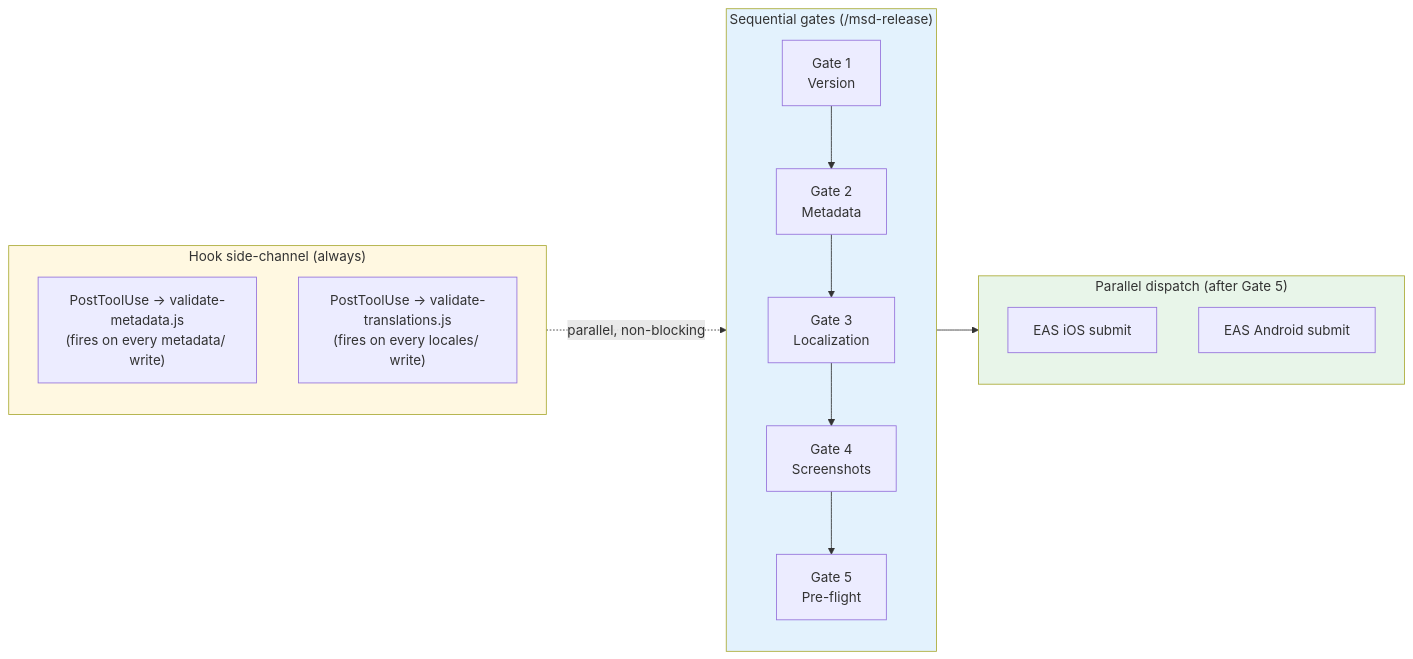
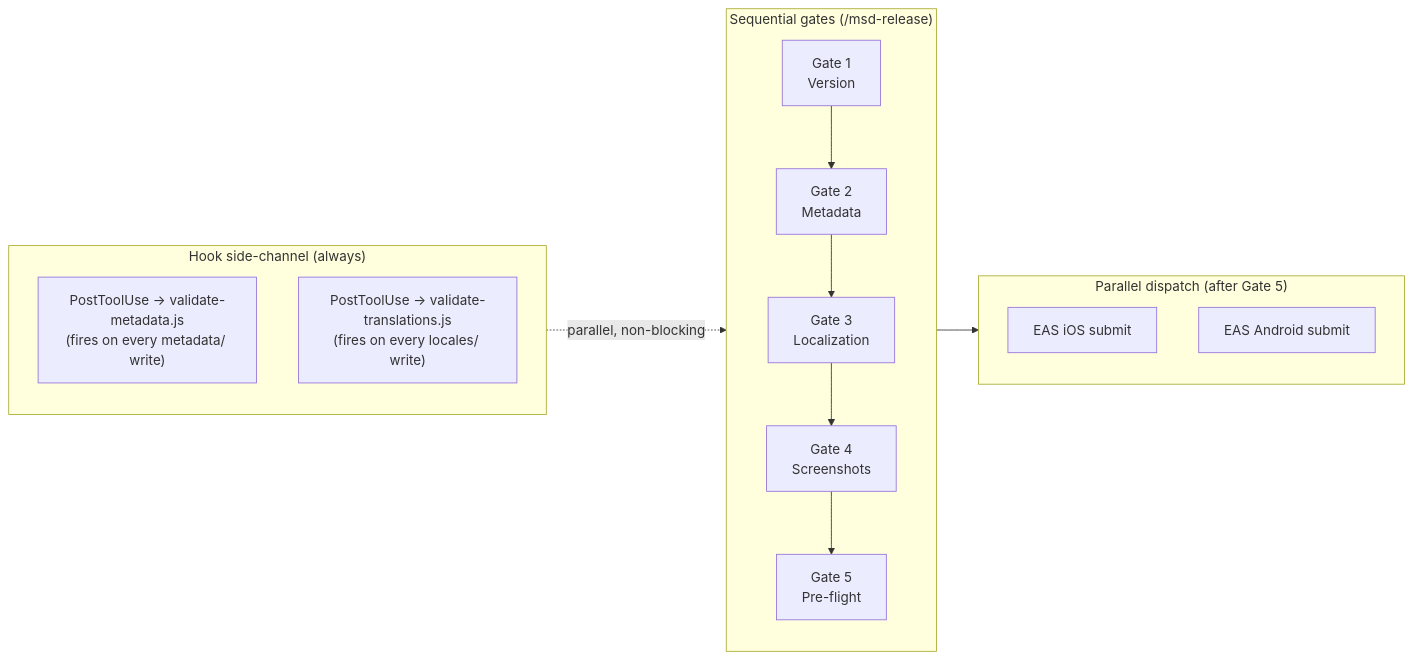
The first of 2 diagrams in README.md (ofcskn/mobile-automation-plugin), drawn with Mermaid before and after one commit. The commit also changed other lines of this file and 1 other file, not shown here.

First line of the commit message:
fix: correct install command format and remove mermaid color fills

````diff
--- a/README.md
+++ b/README.md
@@ -189,26 +191,22 @@
 ```mermaid
 flowchart LR
     subgraph SEQ ["Sequential gates (/msd-release)"]
         direction TB
         G1[Gate 1\nVersion] --> G2[Gate 2\nMetadata] --> G3[Gate 3\nLocalization] --> G4[Gate 4\nScreenshots] --> G5[Gate 5\nPre-flight]
     end
 
     subgraph PAR ["Parallel dispatch (after Gate 5)"]
         direction TB
         P1[EAS iOS submit]
         P2[EAS Android submit]
     end
 
     subgraph HOOK ["Hook side-channel (always)"]
         direction TB
         H1["PostToolUse → validate-metadata.js\n(fires on every metadata/ write)"]
         H2["PostToolUse → validate-translations.js\n(fires on every locales/ write)"]
     end
 
     G5 --> PAR
     HOOK -.->|parallel, non-blocking| SEQ
-
-    style SEQ fill:#e3f2fd
-    style PAR fill:#e8f5e9
-    style HOOK fill:#fff8e1
 ```
````
